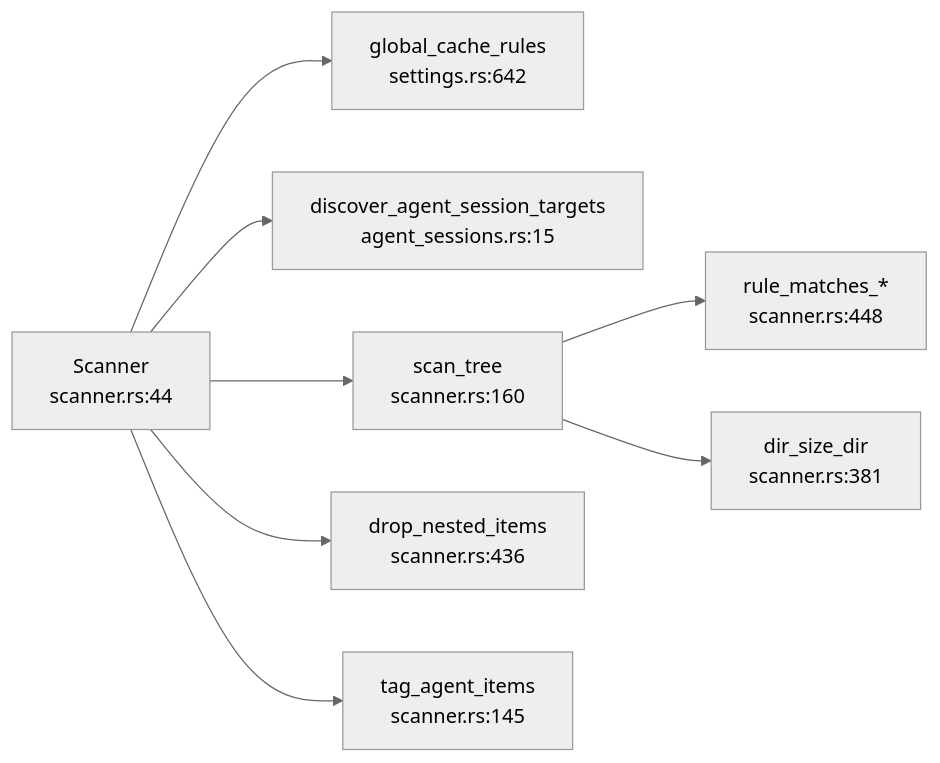
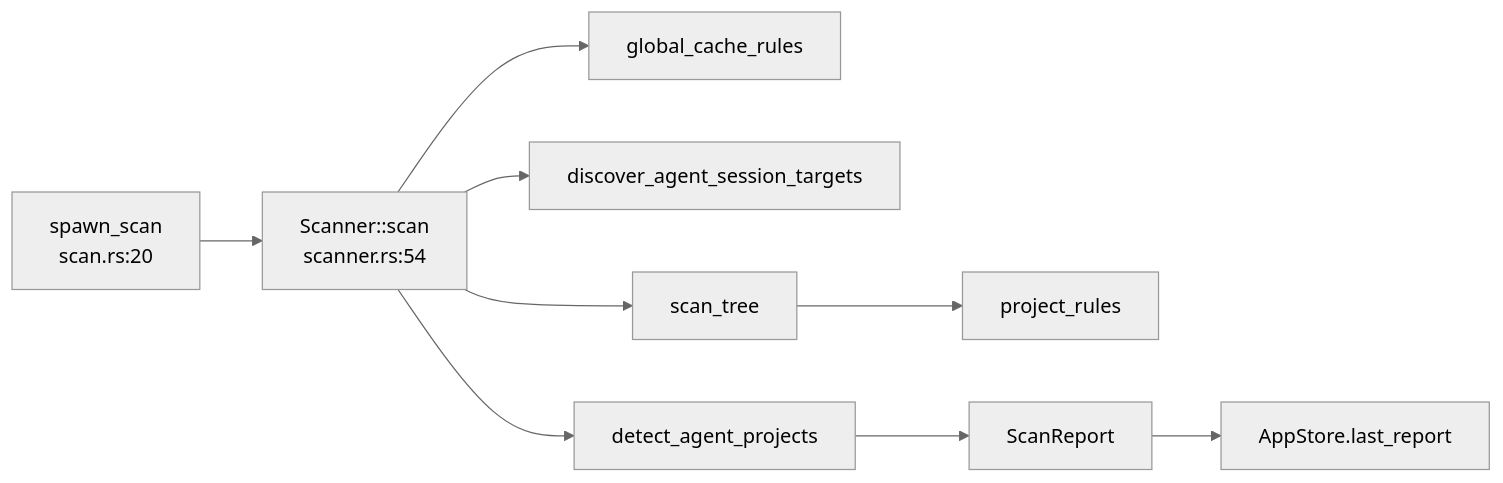
The third of 6 diagrams in .terrain/human/2.Architecture.md (sopaco/CLV3000-Plus), drawn with Mermaid (neutral theme) before and after one commit. The commit also changed other lines of this file and 15 other files, not shown here.

````diff
--- a/.terrain/human/2.Architecture.md
+++ b/.terrain/human/2.Architecture.md
@@ -115,10 +119,11 @@
 ```mermaid
 graph LR
-    Scanner["Scanner<br/>scanner.rs:44"] --> GlobalRules["global_cache_rules<br/>settings.rs:642"]
-    Scanner --> SessionTargets["discover_agent_session_targets<br/>agent_sessions.rs:15"]
-    Scanner --> ScanTree["scan_tree<br/>scanner.rs:160"]
-    ScanTree --> RuleMatch["rule_matches_*<br/>scanner.rs:448"]
-    ScanTree --> DirSize["dir_size_dir<br/>scanner.rs:381"]
-    Scanner --> NestedDrop["drop_nested_items<br/>scanner.rs:436"]
-    Scanner --> AgentTag["tag_agent_items<br/>scanner.rs:145"]
+    Spawn["spawn_scan<br/>scan.rs:20"] --> Scanner["Scanner::scan<br/>scanner.rs:54"]
+    Scanner --> Global["global_cache_rules"]
+    Scanner --> Sessions["discover_agent_session_targets"]
+    Scanner --> Tree["scan_tree"]
+    Tree --> Rules["project_rules"]
+    Scanner --> AgentDet["detect_agent_projects"]
+    AgentDet --> Report["ScanReport"]
+    Report --> Store["AppStore.last_report"]
 ```
````
